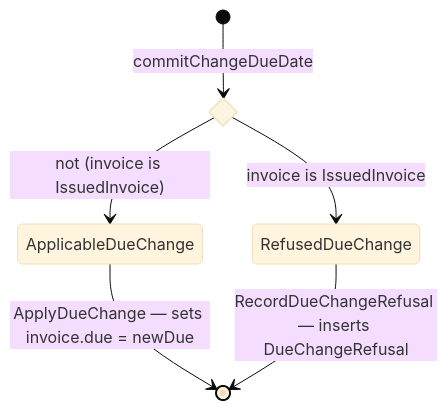
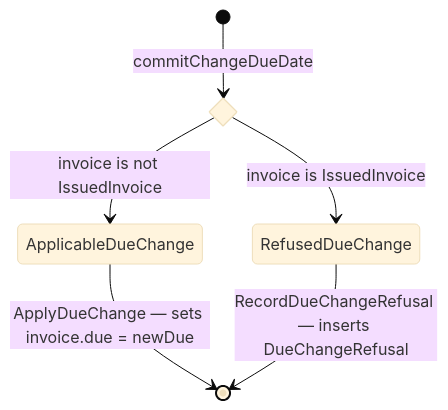
One commit to daveclay/velle changed the sixth of 16 diagrams in examples/billing/output/DIAGRAMS-Billing.md. Above: the diagram before and after it, drawn with Mermaid (base theme). The commit also changed other lines of this file and 64 other files, not shown here.

````diff
--- a/examples/billing/output/DIAGRAMS-Billing.md
+++ b/examples/billing/output/DIAGRAMS-Billing.md
@@ -217,9 +217,9 @@
 ```mermaid
 stateDiagram-v2
     state decide <<choice>>
     [*] --> decide : commitChangeDueDate
-    decide --> ApplicableDueChange : not (invoice is IssuedInvoice)
+    decide --> ApplicableDueChange : invoice is not IssuedInvoice
     ApplicableDueChange --> [*] : ApplyDueChange — sets invoice.due = newDue
     decide --> RefusedDueChange : invoice is IssuedInvoice
     RefusedDueChange --> [*] : RecordDueChangeRefusal — inserts DueChangeRefusal
 ```
````
